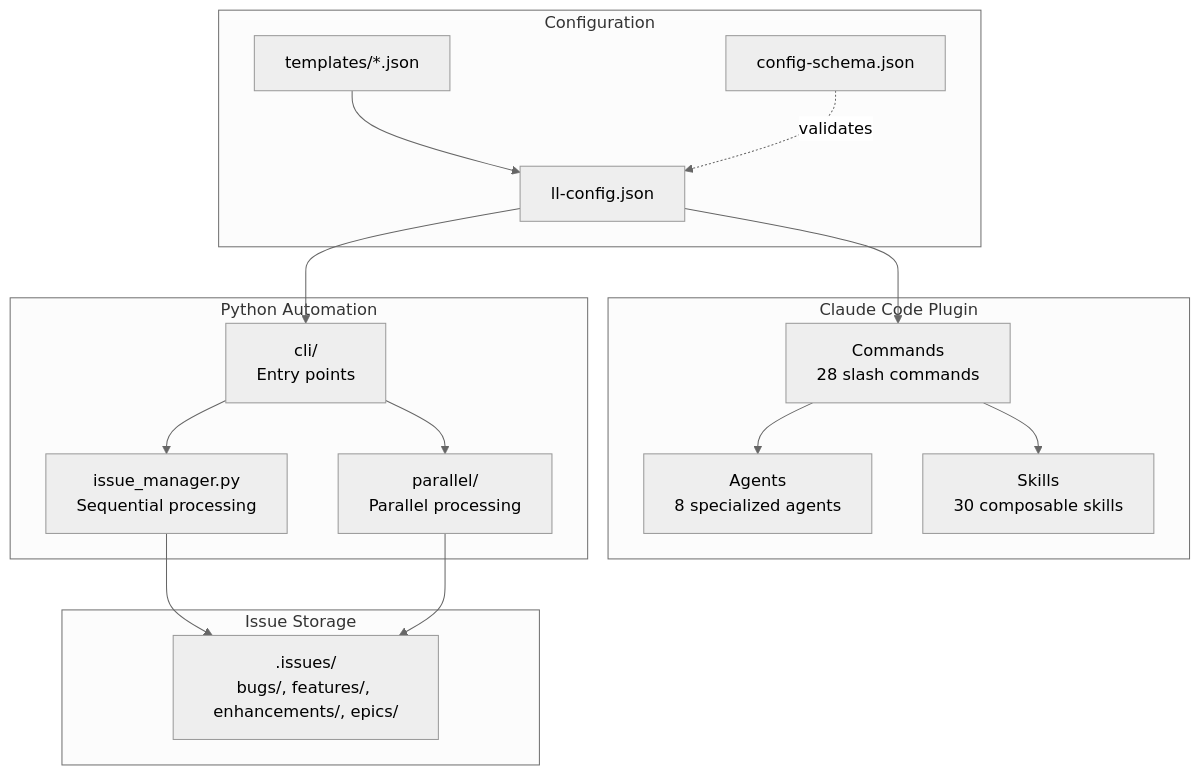
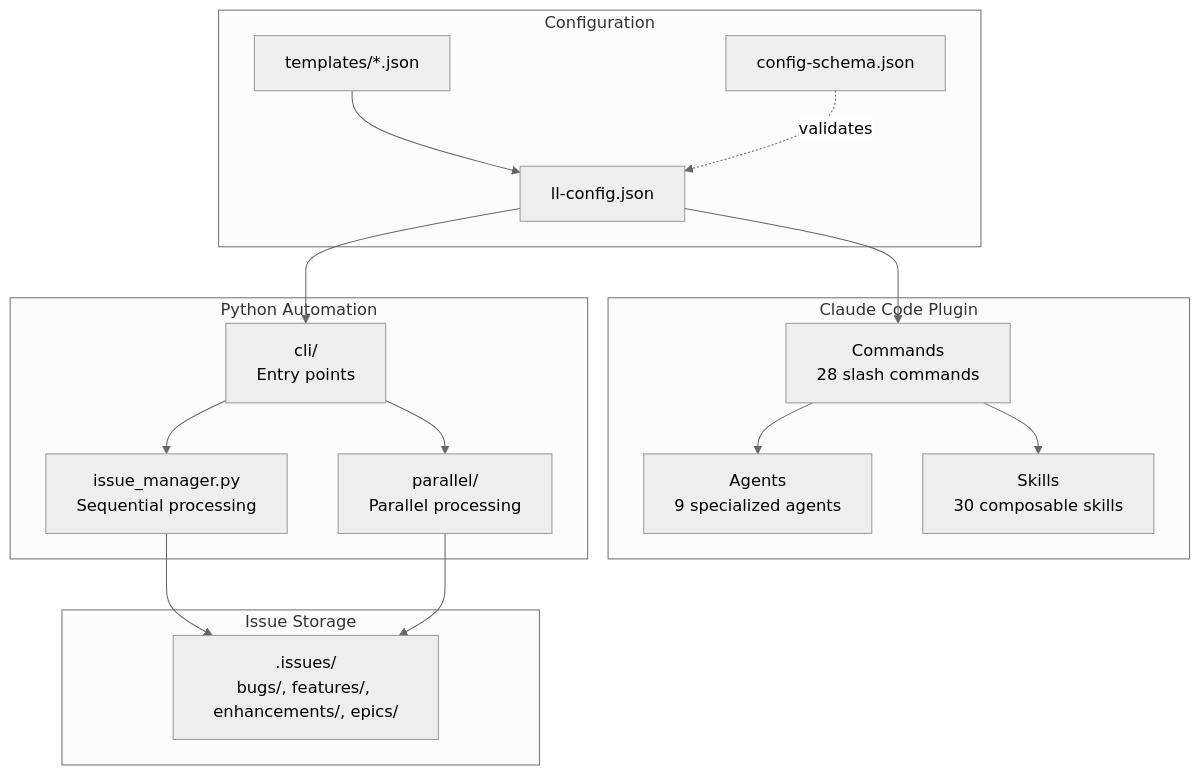
The first of 14 diagrams in docs/ARCHITECTURE.md (BrennonTWilliams/little-loops), drawn with Mermaid (neutral theme) before and after one commit. The commit also changed other lines of this file and 9 other files, not shown here.

````diff
--- a/docs/ARCHITECTURE.md
+++ b/docs/ARCHITECTURE.md
@@ -21,35 +21,35 @@
 ```mermaid
 flowchart TB
     subgraph "Claude Code Plugin"
         CMD[Commands<br/>28 slash commands]
-        AGT[Agents<br/>8 specialized agents]
+        AGT[Agents<br/>9 specialized agents]
         SKL[Skills<br/>30 composable skills]
     end
 
     subgraph "Configuration"
         CFG[ll-config.json]
         SCHEMA[config-schema.json]
         TPL[templates/*.json]
     end
 
     subgraph "Python Automation"
         CLI[cli/<br/>Entry points]
         AUTO[issue_manager.py<br/>Sequential processing]
         PARALLEL[parallel/<br/>Parallel processing]
     end
 
     subgraph "Issue Storage"
         ISSUES[.issues/<br/>bugs/, features/, enhancements/, epics/]
     end
 
     CFG --> CMD
     TPL --> CFG
     SCHEMA -.->|validates| CFG
     CFG --> CLI
     CMD --> AGT
     CMD --> SKL
     CLI --> AUTO
     CLI --> PARALLEL
     AUTO --> ISSUES
     PARALLEL --> ISSUES
 ```
````
